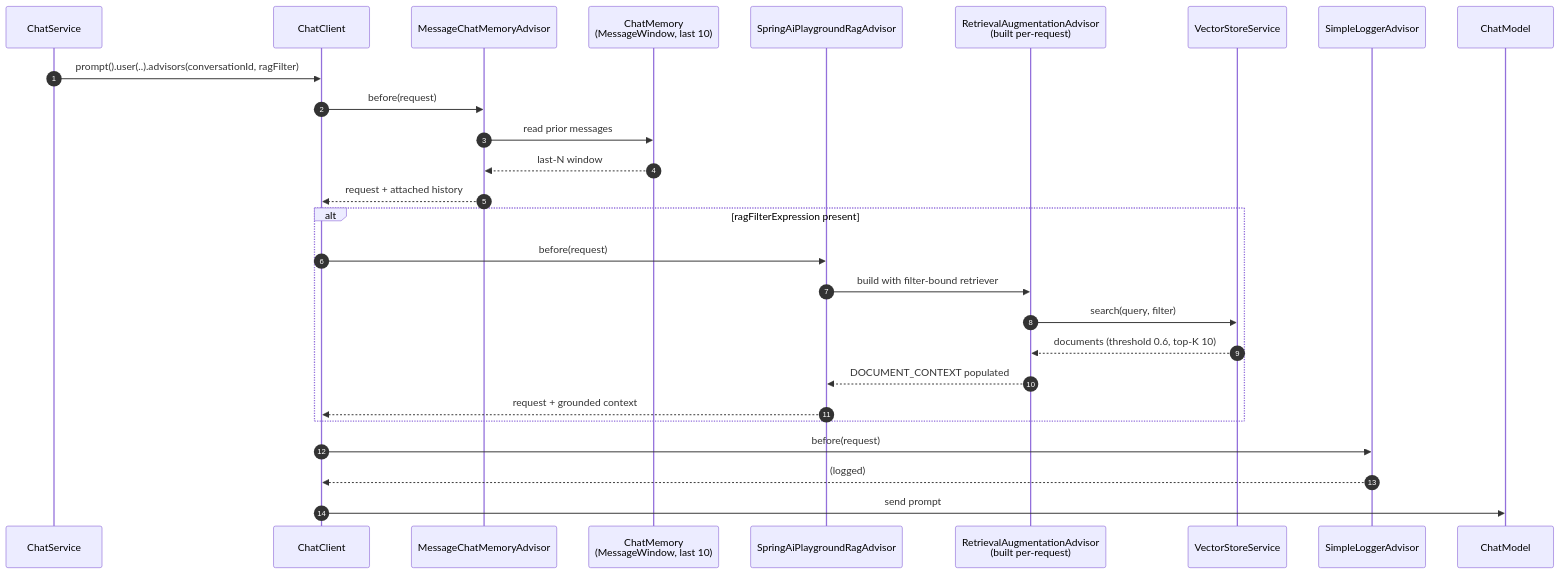
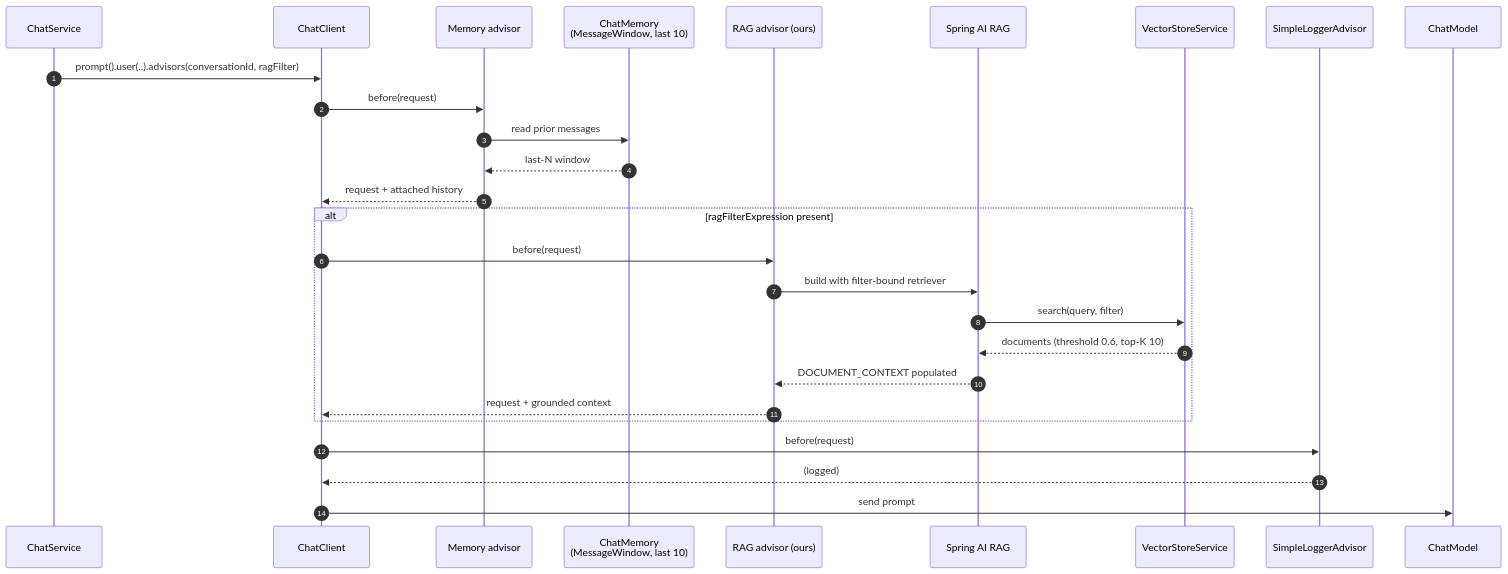
One commit to spring-ai-community/spring-ai-playground changed the seventh of 9 diagrams in docs/architecture.md. Above: the diagram before and after it, drawn with Mermaid. The commit also changed other lines of this file and 55 other files, not shown here.

Commit message:
docs: add human-in-the-loop pages, refresh architecture and catalog docs, document setup-time preset and exposure drawer

````diff
--- a/docs/architecture.md
+++ b/docs/architecture.md
@@ -209,30 +259,30 @@
 ```mermaid
 sequenceDiagram
     autonumber
     participant CS as ChatService
     participant CCL as ChatClient
-    participant MEM as MessageChatMemoryAdvisor
+    participant MEM as Memory advisor
     participant CMEM as ChatMemory<br/>(MessageWindow, last 10)
-    participant RAG as SpringAiPlaygroundRagAdvisor
-    participant RAA as RetrievalAugmentationAdvisor<br/>(built per-request)
+    participant RAG as RAG advisor (ours)
+    participant RAA as Spring AI RAG
     participant VSS as VectorStoreService
     participant LOG as SimpleLoggerAdvisor
     participant MODEL as ChatModel
 
     CS->>CCL: prompt().user(..).advisors(conversationId, ragFilter)
     CCL->>MEM: before(request)
     MEM->>CMEM: read prior messages
     CMEM-->>MEM: last-N window
     MEM-->>CCL: request + attached history
     alt ragFilterExpression present
         CCL->>RAG: before(request)
         RAG->>RAA: build with filter-bound retriever
         RAA->>VSS: search(query, filter)
         VSS-->>RAA: documents (threshold 0.6, top-K 10)
         RAA-->>RAG: DOCUMENT_CONTEXT populated
         RAG-->>CCL: request + grounded context
     end
     CCL->>LOG: before(request)
     LOG-->>CCL: (logged)
     CCL->>MODEL: send prompt
 ```
````
